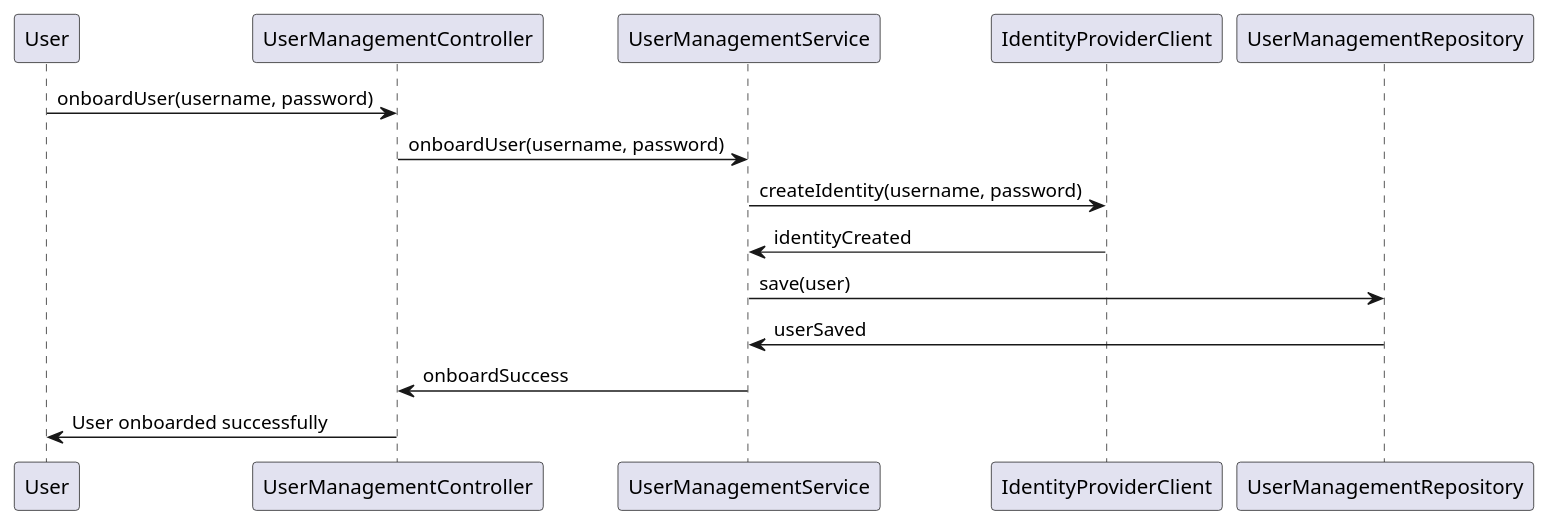
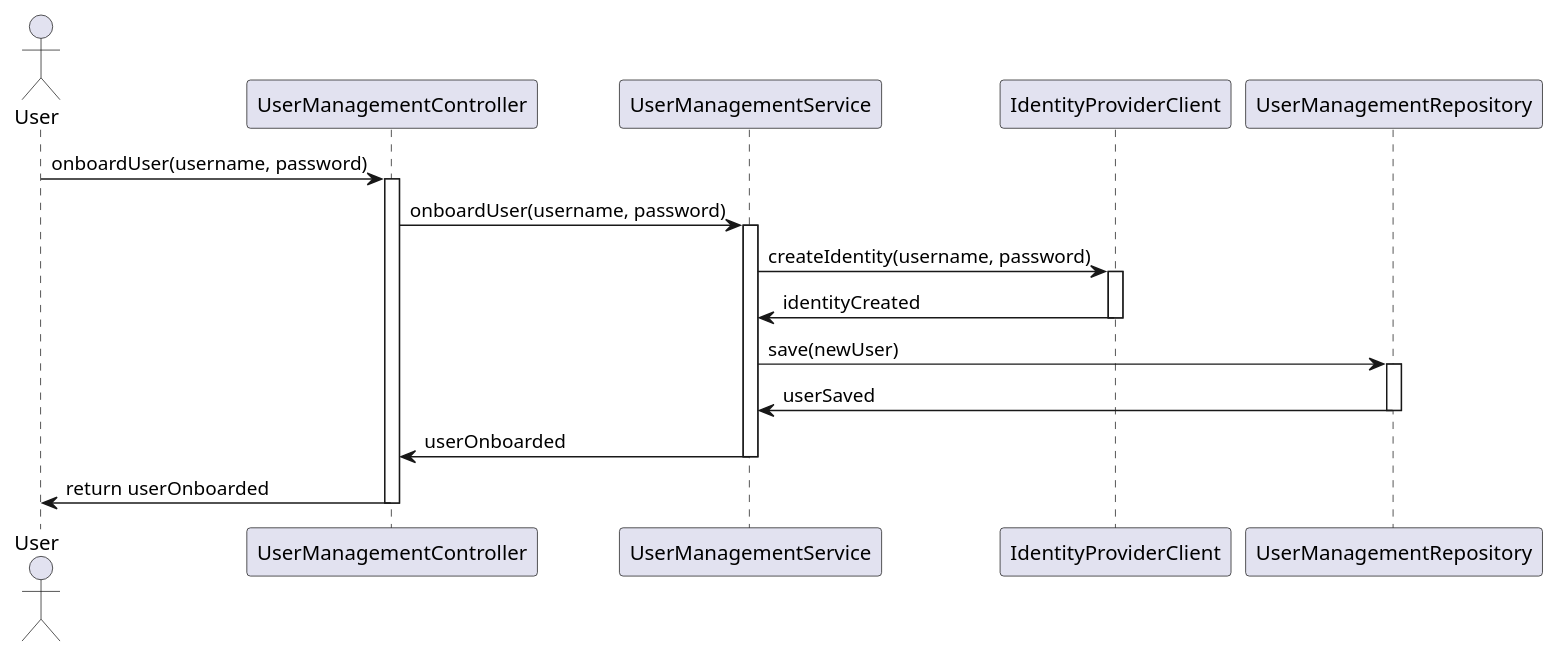
The first of 5 diagrams in usermanagement/documentation/detaileddesign.adoc (shreya-cn/autodev.ai), drawn with PlantUML before and after one commit. The commit also changed other lines of this file and 3 other files, not shown here.

```diff
--- a/usermanagement/documentation/detaileddesign.adoc
+++ b/usermanagement/documentation/detaileddesign.adoc
@@ -106,17 +97,32 @@
 [plantuml, user-registration-sequence, png]
-....
-participant "User" as U
-participant "UserManagementController" as C
-participant "UserManagementService" as S
-participant "IdentityProviderClient" as IPC
-participant "UserManagementRepository" as R
+----
+@startuml
+actor User
+participant UserManagementController
+participant UserManagementService
+participant IdentityProviderClient
+participant UserManagementRepository
 
-U -> C: onboardUser(username, password)
-C -> S: onboardUser(username, password)
-S -> IPC: createIdentity(username, password)
-IPC -> S: identityCreated
-S -> R: save(user)
-R -> S: userSaved
-S -> C: onboardSuccess
-C -> U: User onboarded successfully
-....
+User -> UserManagementController : onboardUser(username, password)
+activate UserManagementController
+
+UserManagementController -> UserManagementService : onboardUser(username, password)
+activate UserManagementService
+
+UserManagementService -> IdentityProviderClient : createIdentity(username, password)
+activate IdentityProviderClient
+IdentityProviderClient -> UserManagementService : identityCreated
+deactivate IdentityProviderClient
+
+UserManagementService -> UserManagementRepository : save(newUser)
+activate UserManagementRepository
+UserManagementRepository -> UserManagementService : userSaved
+deactivate UserManagementRepository
+
+UserManagementService -> UserManagementController : userOnboarded
+deactivate UserManagementService
+
+UserManagementController -> User : return userOnboarded
+deactivate UserManagementController
+@enduml
+----
```
